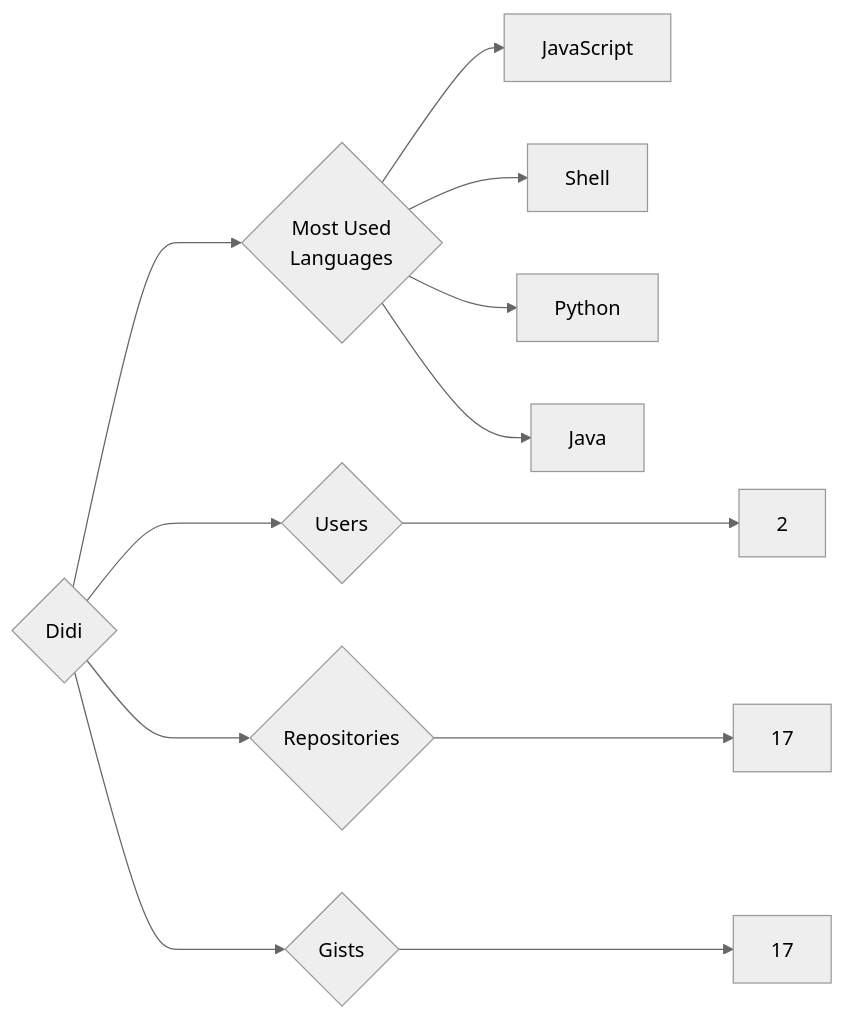
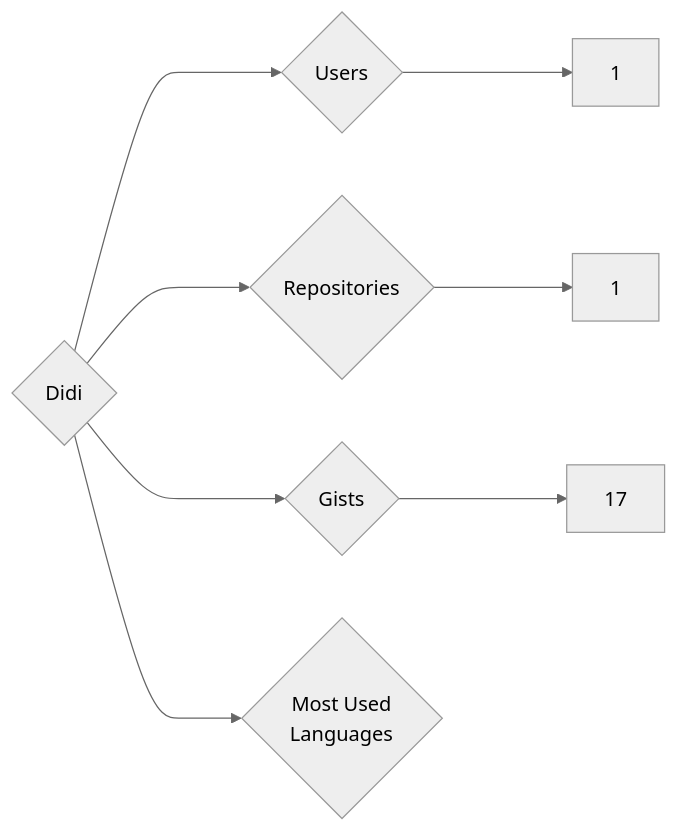
The diagram in targets/Didi/README.md (trickest/insiders), drawn with Mermaid (neutral theme) before and after one commit. The commit also changed 618 other files, not shown here.

````diff
--- a/targets/Didi/README.md
+++ b/targets/Didi/README.md
@@ -3,12 +3,8 @@
 ```mermaid
 graph LR
 COMPANY_NAME{Didi}
-COMPANY_NAME ---> U{Users} ---> UN[2]
-COMPANY_NAME ---> R{Repositories} ---> RN[17]
+COMPANY_NAME ---> U{Users} ---> UN[1]
+COMPANY_NAME ---> R{Repositories} ---> RN[1]
 COMPANY_NAME ---> G{Gists} ---> GN[17]
 COMPANY_NAME ---> ML{Most Used<br>Languages}
-ML --> JavaScript[JavaScript]
-ML --> Shell[Shell]
-ML --> Python[Python]
-ML --> Java[Java]
 ```
````
